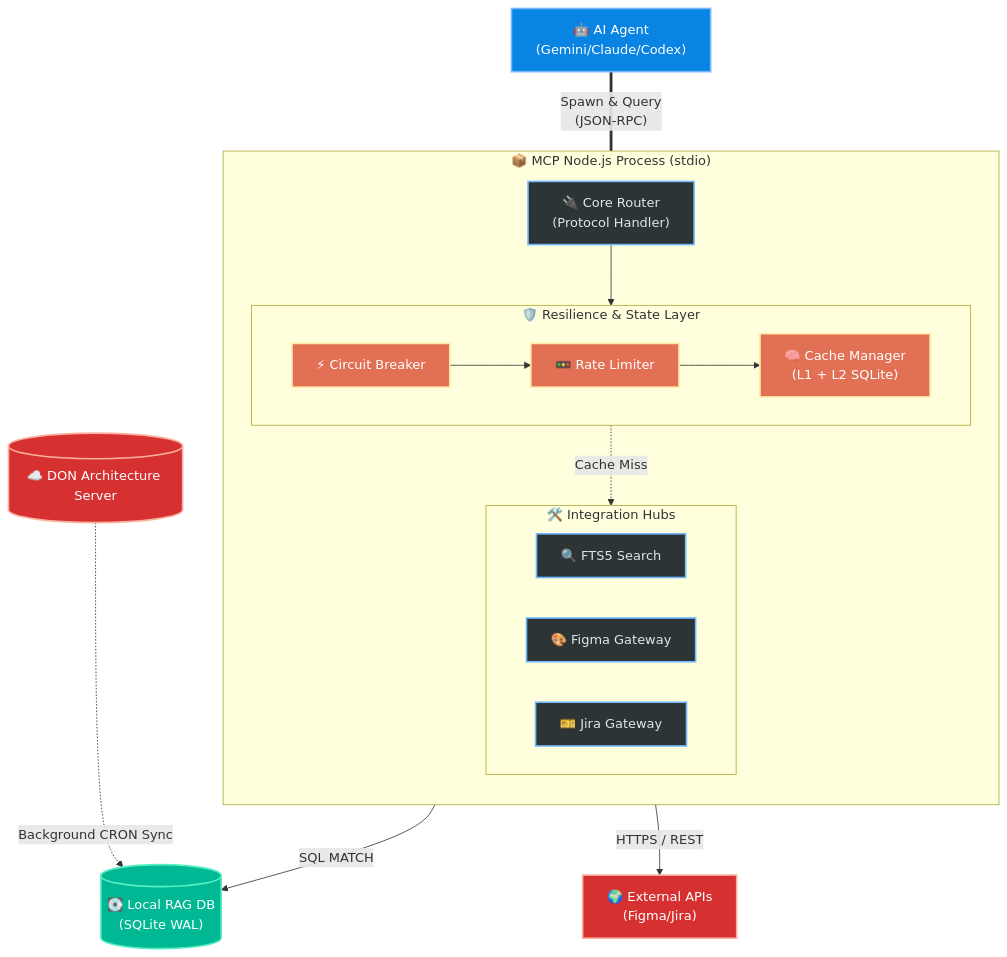
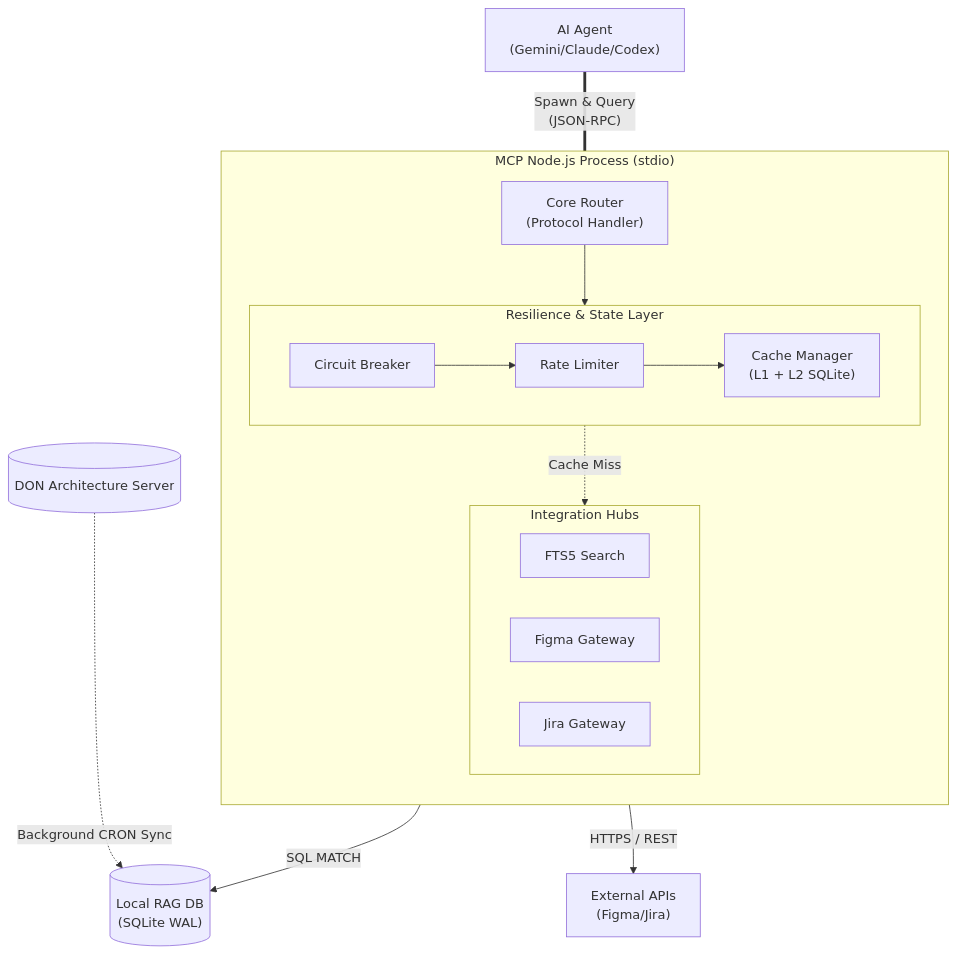
Before and after one commit to cachep-xidau/MCP-server: the first of 2 diagrams in README.md, drawn with Mermaid.

Commit message:
style(docs): strip emojis and custom colored class definitions from architecture diagram for a strictly minimalist github adaptive theme

````diff
--- a/README.md
+++ b/README.md
@@ -20,43 +20,37 @@
 ```mermaid
 flowchart TD
-    classDef agent fill:#0984e3,stroke:#74b9ff,stroke-width:2px,color:#fff;
-    classDef hub fill:#2d3436,stroke:#74b9ff,stroke-width:2px,color:#dfe6e9;
-    classDef resilience fill:#e17055,stroke:#ffeaa7,stroke-width:2px,color:#fff;
-    classDef db fill:#00b894,stroke:#55efc4,stroke-width:2px,color:#fff;
-    classDef server fill:#d63031,stroke:#fab1a0,stroke-width:2px,color:#fff;
+    Agent["AI Agent\n(Gemini/Claude/Codex)"]
 
-    Agent["🤖 AI Agent\n(Gemini/Claude/Codex)"]:::agent
+    subgraph MCP_Process["MCP Node.js Process (stdio)"]
+        direction TB
+        Router["Core Router\n(Protocol Handler)"]
 
-    subgraph MCP_Process["📦 MCP Node.js Process (stdio)"]
-        direction TB
-        Router["🔌 Core Router\n(Protocol Handler)"]:::hub
-
-        subgraph ResilienceLayer["🛡️ Resilience & State Layer"]
+        subgraph ResilienceLayer["Resilience & State Layer"]
             direction LR
-            Breaker["⚡ Circuit Breaker"]:::resilience
-            Limiter["🚥 Rate Limiter"]:::resilience
-            Cache["🧠 Cache Manager\n(L1 + L2 SQLite)"]:::resilience
+            Breaker["Circuit Breaker"]
+            Limiter["Rate Limiter"]
+            Cache["Cache Manager\n(L1 + L2 SQLite)"]
         end
 
-        subgraph ToolsLayer["🛠️ Integration Hubs"]
+        subgraph ToolsLayer["Integration Hubs"]
             direction LR
-            T_Search["🔍 FTS5 Search"]:::hub
-            T_Figma["🎨 Figma Gateway"]:::hub
-            T_Jira["🎫 Jira Gateway"]:::hub
+            T_Search["FTS5 Search"]
+            T_Figma["Figma Gateway"]
+            T_Jira["Jira Gateway"]
         end
 
         Router --> ResilienceLayer
         Breaker --> Limiter
         Limiter --> Cache
         Cache -. "Cache Miss" .-> ToolsLayer
     end
 
-    LocalDB[("💽 Local RAG DB\n(SQLite WAL)")]:::db
-    MasterDB[("☁️ DON Architecture Server")]:::server
-    ExtAPIs["🌍 External APIs\n(Figma/Jira)"]:::server
+    LocalDB[("Local RAG DB\n(SQLite WAL)")]
+    MasterDB[("DON Architecture Server")]
+    ExtAPIs["External APIs\n(Figma/Jira)"]
 
     Agent == "Spawn & Query\n(JSON-RPC)" === Router
     T_Search -- "SQL MATCH" --> LocalDB
     ToolsLayer -- "HTTPS / REST" --> ExtAPIs
     MasterDB -. "Background CRON Sync" .-> LocalDB
 ```
````
